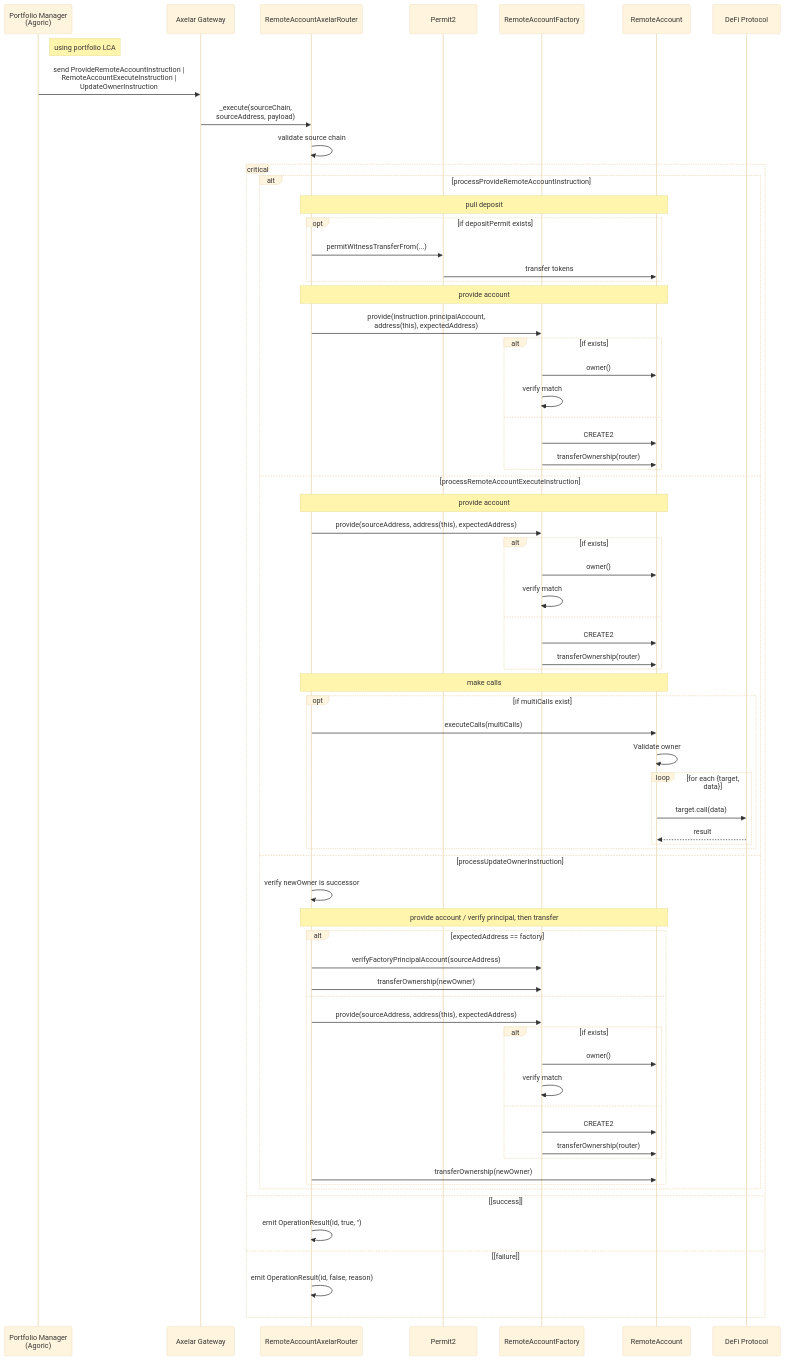
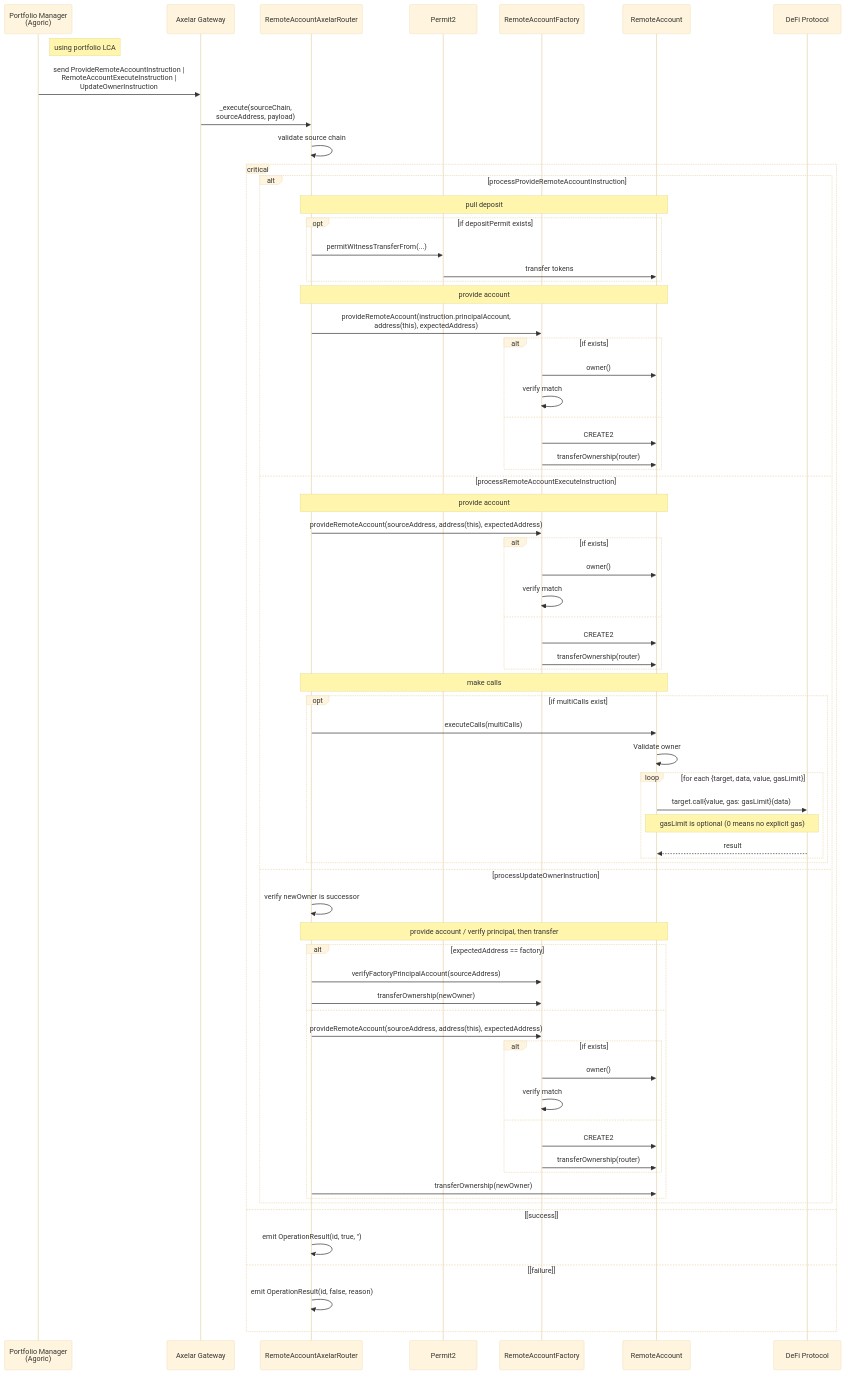
One commit to agoric-labs/agoric-to-axelar-local changed the sixth of 8 diagrams in packages/axelar-local-dev-cosmos/src/contracts/design.md. Above: the diagram before and after it, drawn with Mermaid (base theme). The commit also changed other lines of this file, not shown here.

````diff
--- a/packages/axelar-local-dev-cosmos/src/contracts/design.md
+++ b/packages/axelar-local-dev-cosmos/src/contracts/design.md
@@ -354,78 +359,79 @@
 ```mermaid
 sequenceDiagram
     participant PM as Portfolio Manager<br/>(Agoric)
     participant AXL as Axelar Gateway
     participant PR as RemoteAccountAxelarRouter
     participant P2 as Permit2
     participant RAF as RemoteAccountFactory
     participant RA as RemoteAccount
     participant DEFI as DeFi Protocol
 
     Note right of PM: using portfolio LCA
     PM->>AXL: send ProvideRemoteAccountInstruction |<br>RemoteAccountExecuteInstruction |<br>UpdateOwnerInstruction
     AXL->>PR: _execute(sourceChain,<br>sourceAddress, payload)
 
     PR->>PR: validate source chain
 
     critical
         alt processProvideRemoteAccountInstruction
             Note over PR,RA: pull deposit
             opt if depositPermit exists
                 PR->>P2: permitWitnessTransferFrom(...)
                 P2->>RA: transfer tokens
             end
 
             Note over PR,RA: provide account
-            PR->>RAF: provide(instruction.principalAccount,<br> address(this), expectedAddress)
+            PR->>RAF: provideRemoteAccount(instruction.principalAccount,<br> address(this), expectedAddress)
             alt if exists
                 RAF->>RA: owner()
                 RAF->>RAF: verify match
             else
                 RAF->>RA: CREATE2
                 RAF->>RA: transferOwnership(router)
             end
         else processRemoteAccountExecuteInstruction
             Note over PR,RA: provide account
-            PR->>RAF: provide(sourceAddress, address(this), expectedAddress)
+            PR->>RAF: provideRemoteAccount(sourceAddress, address(this), expectedAddress)
             alt if exists
                 RAF->>RA: owner()
                 RAF->>RAF: verify match
             else
                 RAF->>RA: CREATE2
                 RAF->>RA: transferOwnership(router)
             end
 
             Note over PR,RA: make calls
             opt if multiCalls exist
                 PR->>RA: executeCalls(multiCalls)
                 RA->>RA: Validate owner
-                loop for each {target, data}
-                    RA->>DEFI: target.call(data)
+                loop for each {target, data, value, gasLimit}
+                    RA->>DEFI: target.call{value, gas: gasLimit}(data)
+                    Note over RA,DEFI: gasLimit is optional (0 means no explicit gas)
                     DEFI-->>RA: result
                 end
             end
         else processUpdateOwnerInstruction
             PR->>PR: verify newOwner is successor
 
             Note over PR,RA: provide account / verify principal, then transfer
             alt expectedAddress == factory
                 PR->>RAF: verifyFactoryPrincipalAccount(sourceAddress)
                 PR->>RAF: transferOwnership(newOwner)
             else
-                PR->>RAF: provide(sourceAddress, address(this), expectedAddress)
+                PR->>RAF: provideRemoteAccount(sourceAddress, address(this), expectedAddress)
                 alt if exists
                     RAF->>RA: owner()
                     RAF->>RAF: verify match
                 else
                     RAF->>RA: CREATE2
                     RAF->>RA: transferOwnership(router)
                 end
                 PR->>RA: transferOwnership(newOwner)
             end
         end
     option [success]
         PR->>PR: emit OperationResult(id, true, '')
     option [failure]
         PR->>PR: emit OperationResult(id, false, reason)
     end
 ```
````
